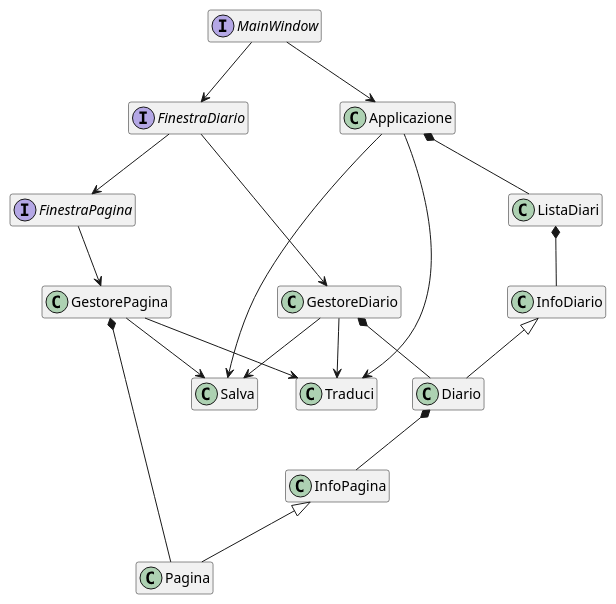
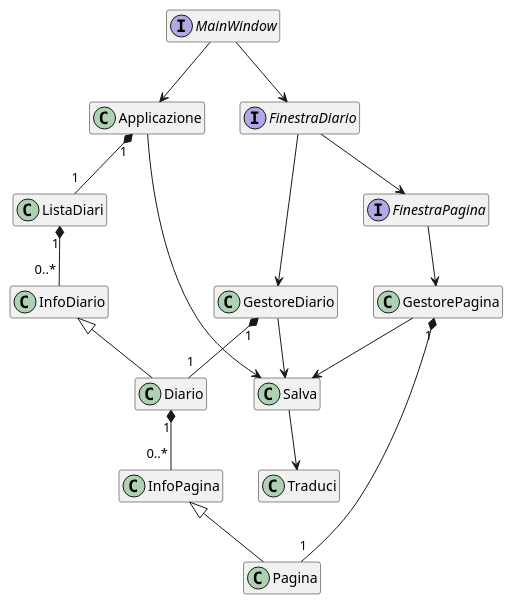
Before and after one commit to Borgo2000/Progetto-diario: the diagram in diagrammi/ClassDiagramEasy.puml, drawn with PlantUML. The commit also changed 5 other files, not shown here.

Commit message:
Modifiche e rimozioni file dei diagrammi incredibili

```diff
--- a/diagrammi/ClassDiagramEasy.puml
+++ b/diagrammi/ClassDiagramEasy.puml
@@ -1,78 +1,76 @@
 @startuml
 
 hide attributes
 hide methods
 hide members
 
 'Interfacce utente
 interface MainWindow{
 }
 
 interface FinestraDiario{
 }
 
 interface FinestraPagina{
 }
 
 'Classi base
 class Applicazione{
 }
 
 class GestoreDiario{
 }
 
 class GestorePagina{
 }
 
 'Strutture dati
 class ListaDiari{
 }
 
 class InfoDiario{
 }
 
 class Diario extends InfoDiario{
 }
 
 class InfoPagina{
 }
 
 class Pagina extends InfoPagina{
 }
 
 'Traduttori e salvataggio dati
 class Traduci{
 }
 
 class Salva{
 }
 
 'Interazioni tra interfacce
-MainWindow --> FinestraDiario 
-FinestraDiario --> FinestraPagina 
+MainWindow --> FinestraDiario
+FinestraDiario --> FinestraPagina
 
 'Interazioni con interfacce
-MainWindow --> Applicazione 
-FinestraDiario --> GestoreDiario 
-FinestraPagina --> GestorePagina 
+MainWindow --> Applicazione
+FinestraDiario --> GestoreDiario
+FinestraPagina --> GestorePagina
 
-'Relazioni
-Applicazione *-- ListaDiari 
-GestoreDiario *-- Diario 
-GestorePagina *-- Pagina 
+'Relazioni finestre-gestori
+Applicazione "1" *-- "1" ListaDiari
+GestoreDiario "1" *-- "1" Diario
+GestorePagina "1" *-- "1" Pagina
 
-'Relazioni traduzione
-Applicazione --> Traduci
-GestoreDiario --> Traduci
-GestorePagina --> Traduci
-
-'Relazioni traduzione
+'Relazioni gestori-salvataggio
 Applicazione --> Salva
 GestoreDiario --> Salva
 GestorePagina --> Salva
 
+'Relazione salvataggio-traduzione
+Salva --> Traduci
+
 'Relazioni strutture dati
-ListaDiari *-- InfoDiario 
-Diario *-- InfoPagina 
+ListaDiari "1" *-- "0..*" InfoDiario
+Diario "1" *-- "0..*" InfoPagina
 
 @enduml
```
